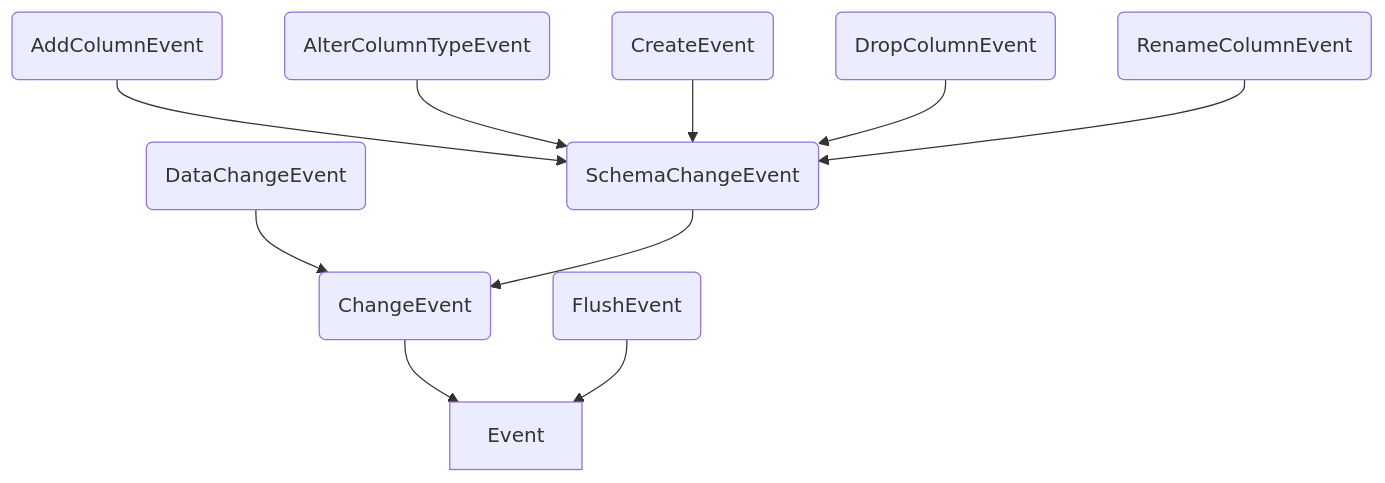
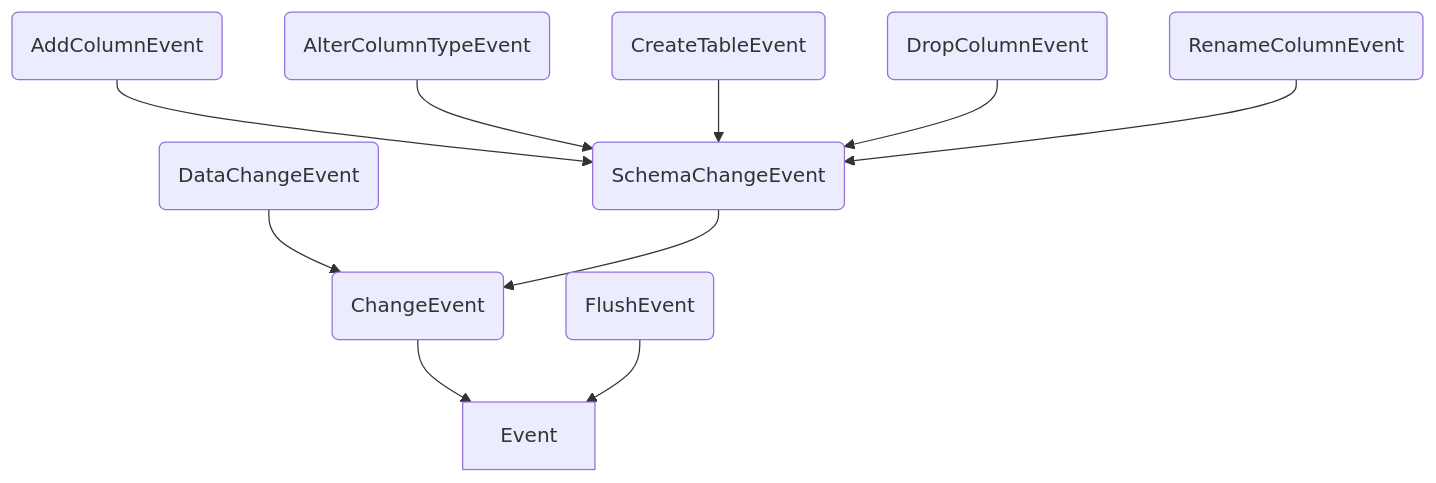
Before and after one commit to Benjmmi/Benjmmi.github.io: the first of 3 diagrams in _posts/数据集成/Flink/2024-08-25-flink_cdc_概念拆解.md, drawn with Mermaid. The commit also changed other lines of this file, not shown here.

````diff
--- a/_posts/数据集成/Flink/2024-08-25-flink_cdc_概念拆解.md
+++ b/_posts/数据集成/Flink/2024-08-25-flink_cdc_概念拆解.md
@@ -170,12 +170,12 @@
 ```mermaid
 graph TB
     A(AddColumnEvent) --> B[SchemaChangeEvent]
     C(AlterColumnTypeEvent) --> B[SchemaChangeEvent]
-    D(CreateEvent) --> B[SchemaChangeEvent]
+    D(CreateTableEvent) --> B[SchemaChangeEvent]
     E(DropColumnEvent) --> B[SchemaChangeEvent]
     F(RenameColumnEvent) --> B[SchemaChangeEvent]
     G(DataChangeEvent) --> H[ChangeEvent]
     B(SchemaChangeEvent) --> H[ChangeEvent]
     H(ChangeEvent) --> J[Event]
     K(FlushEvent) --> J[Event]
 ```
````
